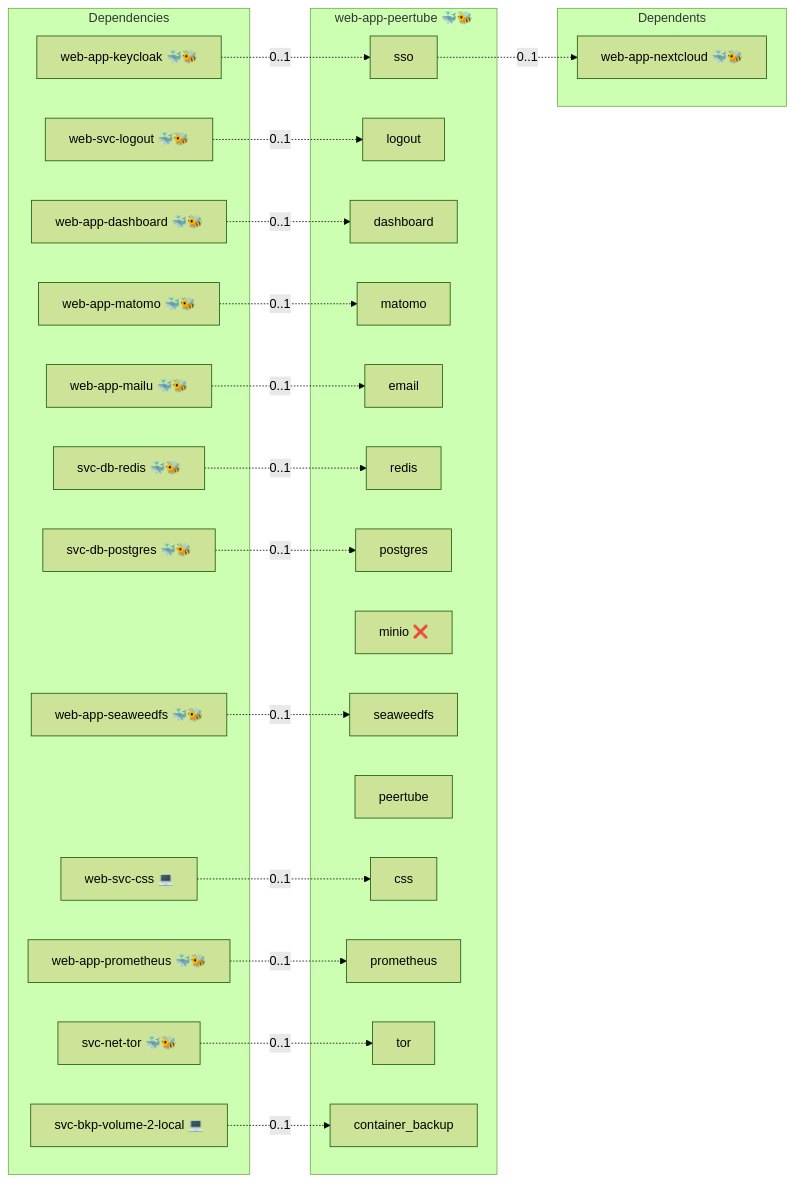
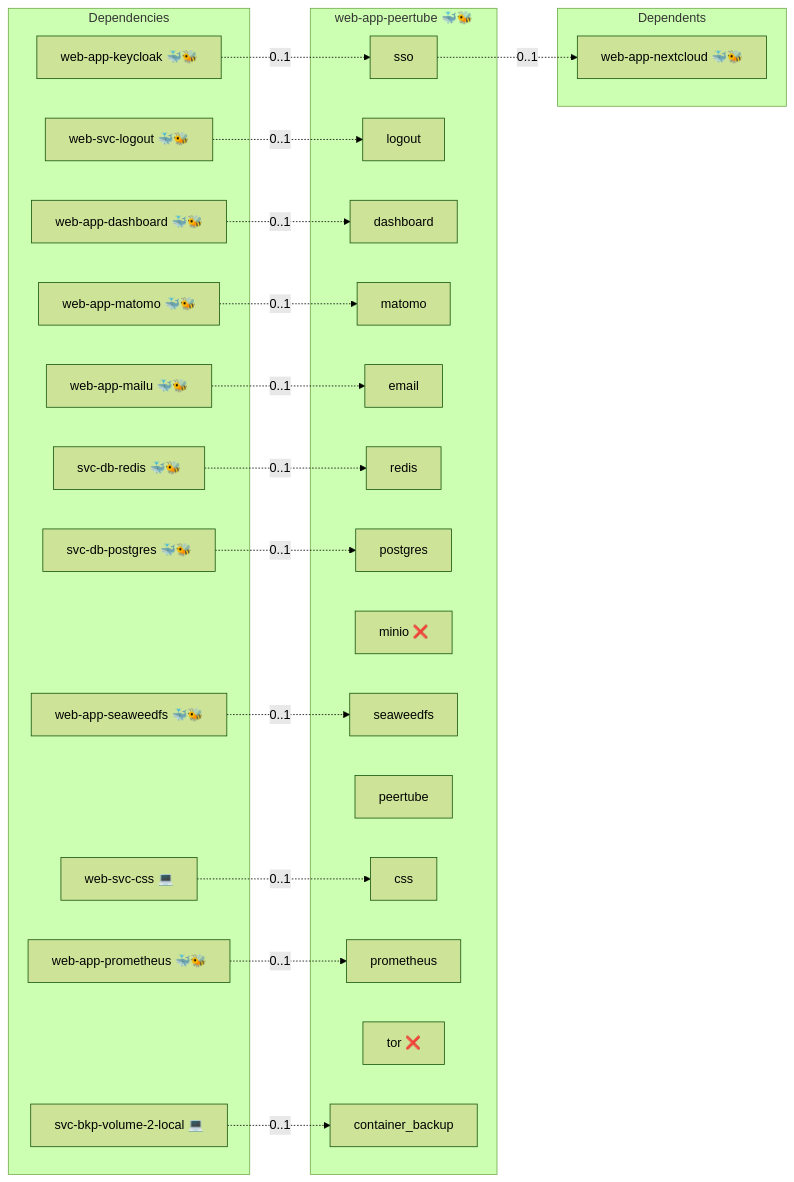
Before and after one commit to AlejandroRomanIbanez/infinito-nexus: the diagram in roles/web-app-peertube/README.md, drawn with Mermaid (forest theme). The commit also changed 2 other files, not shown here.

Commit message:
style(peertube): mark the tor exception where the lints look for it
8ffb1f567 pinned the role to clearnet with a literal enabled: false but put the
dynamic-flag nocheck on the shared: line, and the lint reads enabled and shared
separately. The playwright-service-flag nocheck was missing entirely - a service
declared with enabled: needs a <NAME>_SERVICE_ENABLED= line in playwright.env.j2,
which this role cannot have because it never joins the onion topology.

The two READMEs are generated and follow from the same decision: svc-net-tor
leaves PeerTube's dependency graph and the role table.

````diff
--- a/roles/web-app-peertube/README.md
+++ b/roles/web-app-peertube/README.md
@@ -15,49 +15,47 @@
 ```mermaid
 flowchart LR
     subgraph deps [Dependencies]
         dep_svc_bkp_volume_2_local["svc-bkp-volume-2-local 💻"]
         dep_svc_db_postgres["svc-db-postgres 🐳🐝"]
         dep_svc_db_redis["svc-db-redis 🐳🐝"]
-        dep_svc_net_tor["svc-net-tor 🐳🐝"]
         dep_web_app_dashboard["web-app-dashboard 🐳🐝"]
         dep_web_app_keycloak["web-app-keycloak 🐳🐝"]
         dep_web_app_mailu["web-app-mailu 🐳🐝"]
         dep_web_app_matomo["web-app-matomo 🐳🐝"]
         dep_web_app_prometheus["web-app-prometheus 🐳🐝"]
         dep_web_app_seaweedfs["web-app-seaweedfs 🐳🐝"]
         dep_web_svc_css["web-svc-css 💻"]
         dep_web_svc_logout["web-svc-logout 🐳🐝"]
     end
     subgraph role [web-app-peertube 🐳🐝]
         svc_sso["sso"]
         svc_logout["logout"]
         svc_dashboard["dashboard"]
         svc_matomo["matomo"]
         svc_email["email"]
         svc_redis["redis"]
         svc_postgres["postgres"]
         svc_minio["minio ❌"]
         svc_seaweedfs["seaweedfs"]
         svc_peertube["peertube"]
         svc_css["css"]
         svc_prometheus["prometheus"]
-        svc_tor["tor"]
+        svc_tor["tor ❌"]
         svc_container_backup["container_backup"]
     end
     subgraph dependents [Dependents]
         dpt_web_app_nextcloud["web-app-nextcloud 🐳🐝"]
     end
     dep_svc_bkp_volume_2_local -. "0..1" .-> svc_container_backup
     dep_svc_db_postgres -. "0..1" .-> svc_postgres
     dep_svc_db_redis -. "0..1" .-> svc_redis
-    dep_svc_net_tor -. "0..1" .-> svc_tor
     dep_web_app_dashboard -. "0..1" .-> svc_dashboard
     dep_web_app_keycloak -. "0..1" .-> svc_sso
     dep_web_app_mailu -. "0..1" .-> svc_email
     dep_web_app_matomo -. "0..1" .-> svc_matomo
     dep_web_app_prometheus -. "0..1" .-> svc_prometheus
     dep_web_app_seaweedfs -. "0..1" .-> svc_seaweedfs
     dep_web_svc_css -. "0..1" .-> svc_css
     dep_web_svc_logout -. "0..1" .-> svc_logout
     svc_sso -. "0..1" .-> dpt_web_app_nextcloud
 ```
````
